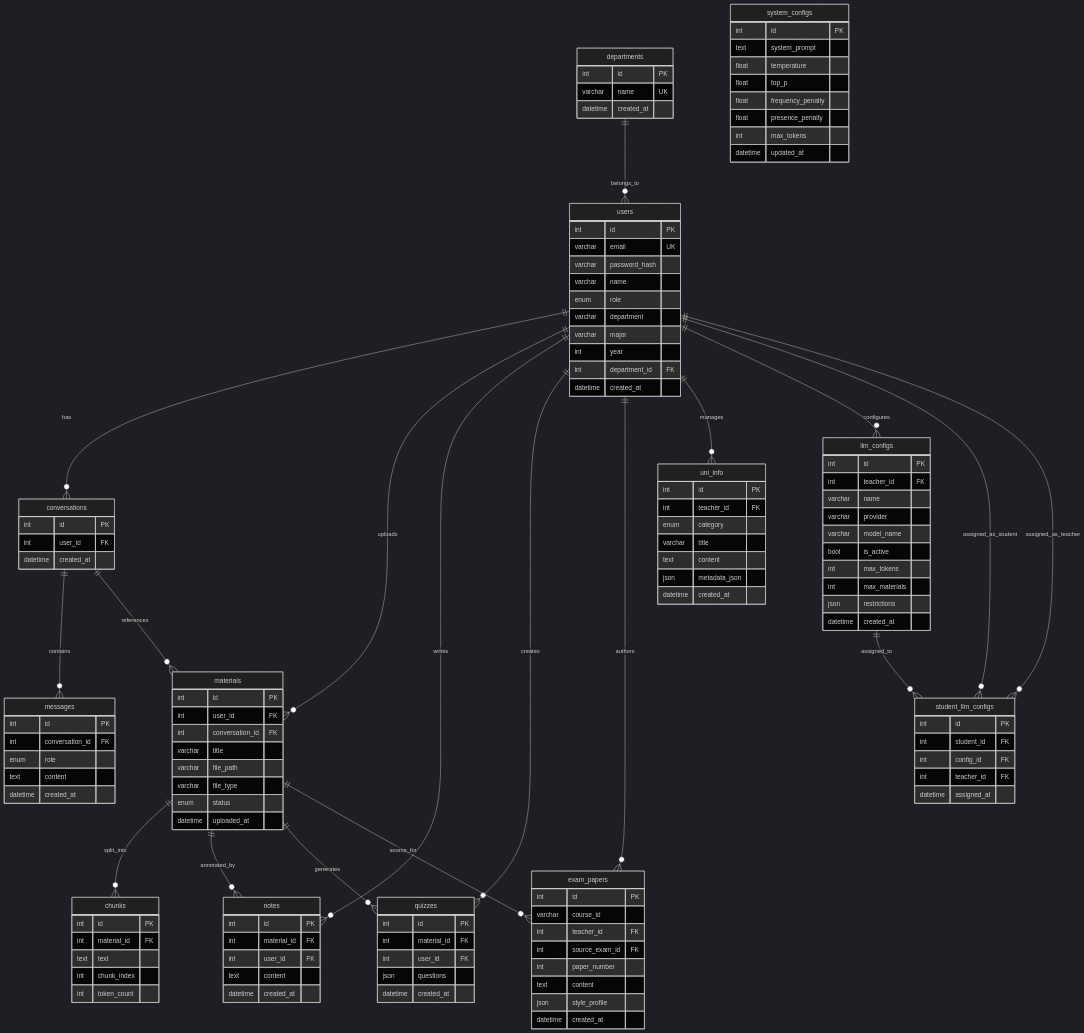
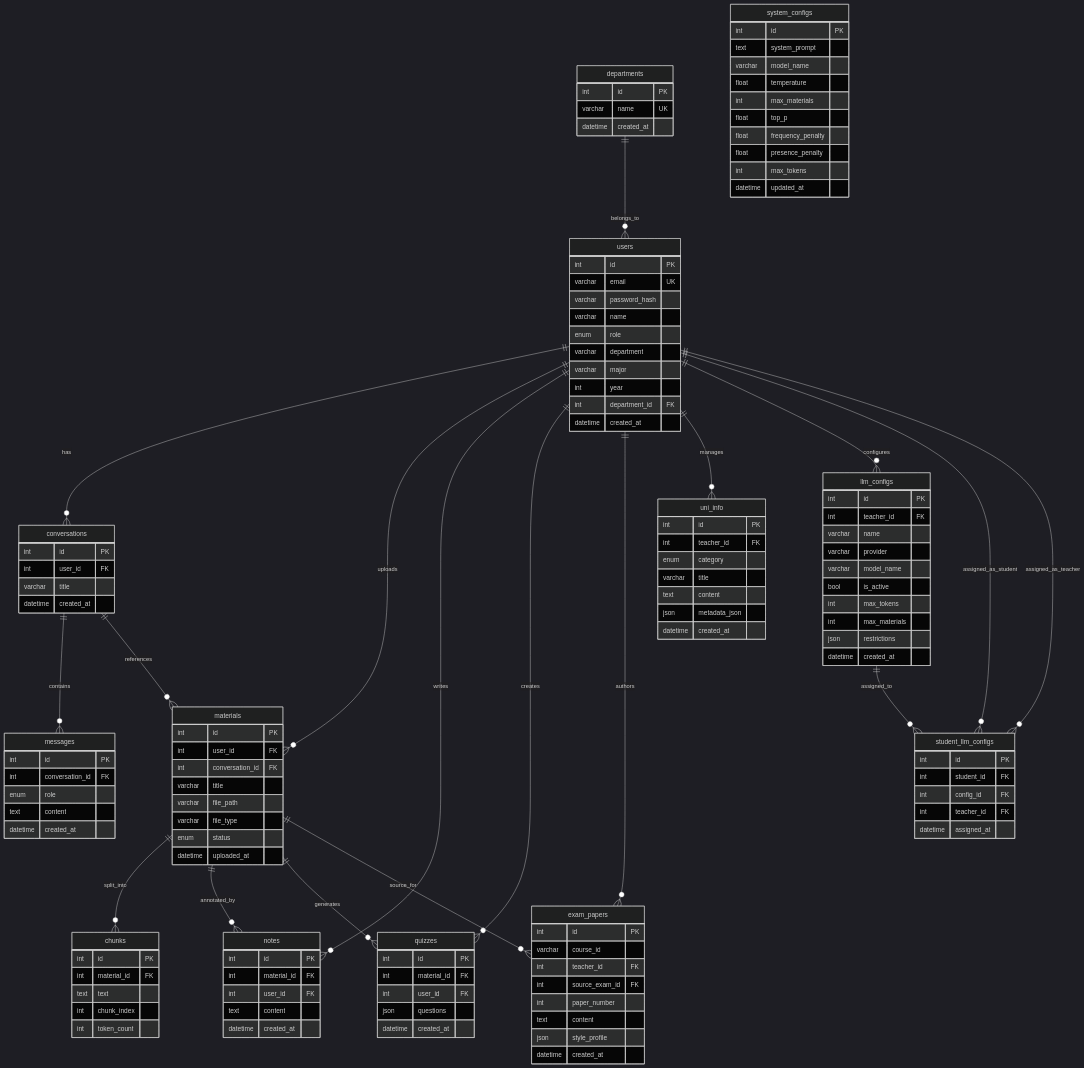
The diagram in diagram/er.md (zyneaa/fabula), drawn with Mermaid (dark theme) before and after one commit. The commit also changed 17 other files, not shown here.

```diff
--- a/diagram/er.md
+++ b/diagram/er.md
@@ -40,6 +40,7 @@
     conversations {
         int id PK
         int user_id FK
+        varchar title
         datetime created_at
     }
 
@@ -110,7 +111,9 @@
     system_configs {
         int id PK
         text system_prompt
+        varchar model_name
         float temperature
+        int max_materials
         float top_p
         float frequency_penalty
         float presence_penalty
```
